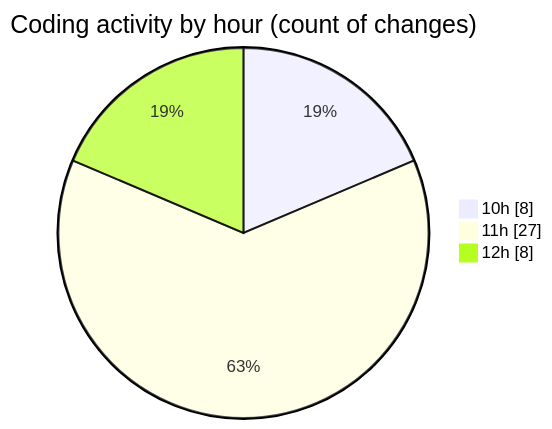
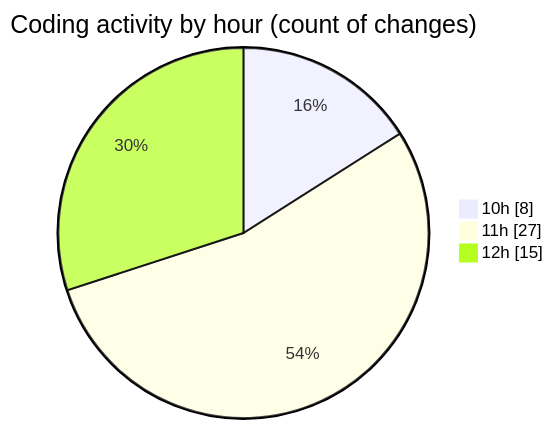
One commit to nxtqubesakshisongat/code-tracking changed the second of 2 diagrams in 2025-09-29/nxtqube_webapp/README.md. Above: the diagram before and after it, drawn with Mermaid. The commit also changed other lines of this file and 1 other file, not shown here.

````diff
--- a/2025-09-29/nxtqube_webapp/README.md
+++ b/2025-09-29/nxtqube_webapp/README.md
@@ -30,7 +31,7 @@
 ```mermaid
 pie showData
 title Coding activity by hour (count of changes)
 "10h" : 8
 "11h" : 27
-"12h" : 8
+"12h" : 15
 ```
````
